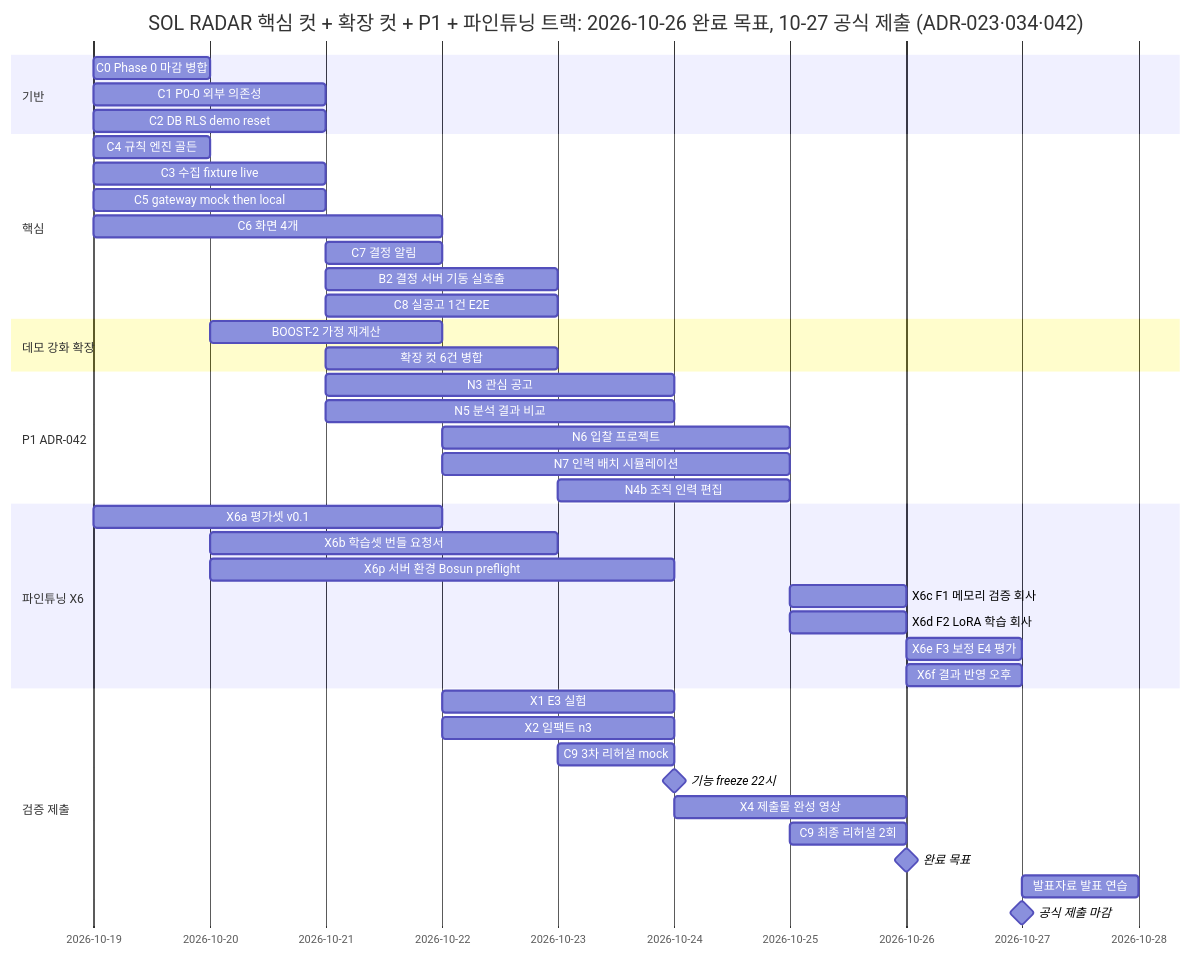
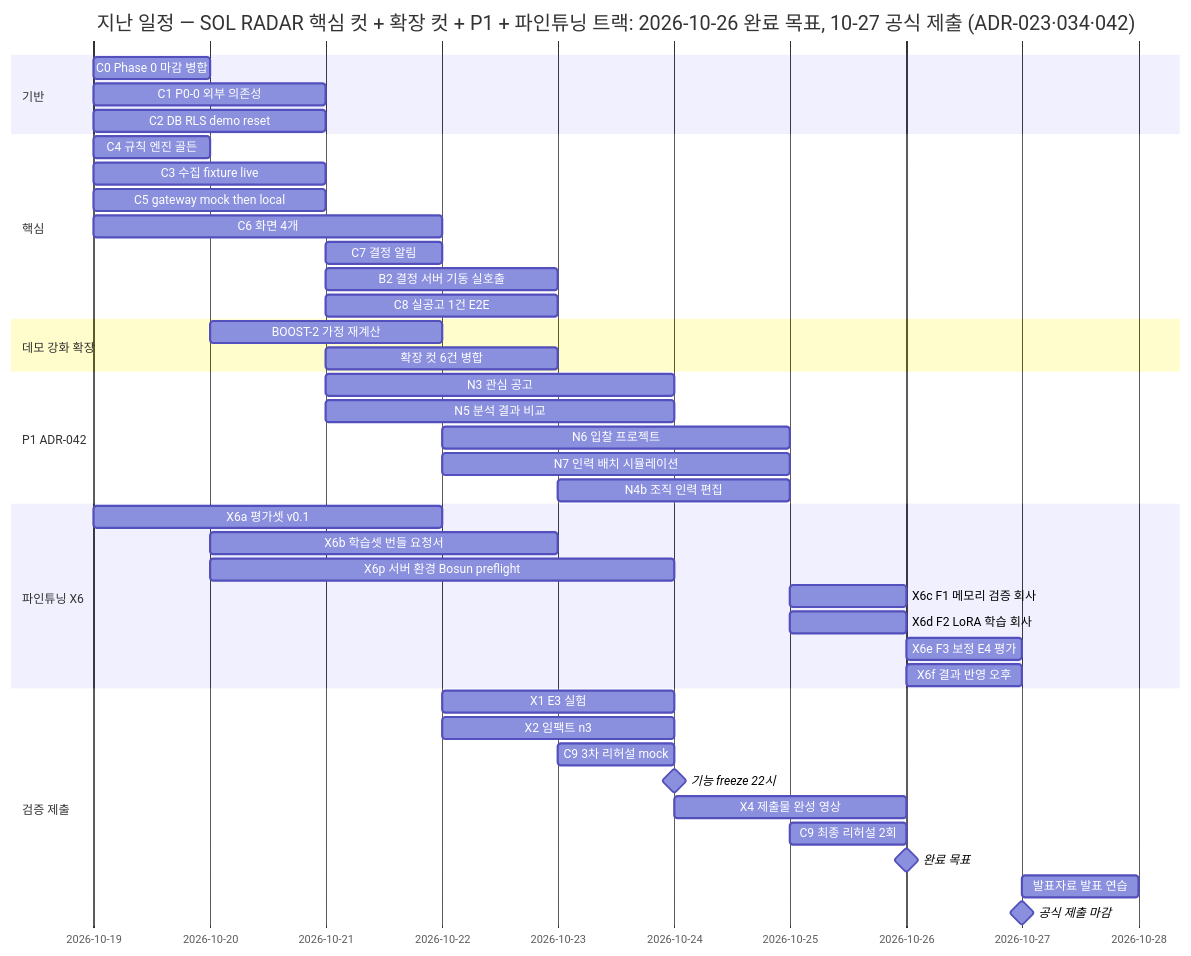
The diagram in docs/12-ROADMAP.md (solideoai/sol-radar), drawn with Mermaid before and after one commit. The commit also changed other lines of this file and 115 other files, not shown here.

````diff
--- a/docs/12-ROADMAP.md
+++ b/docs/12-ROADMAP.md
@@ -138,44 +165,44 @@
 ```mermaid
 gantt
- title SOL RADAR 핵심 컷 + 확장 컷 + P1 + 파인튜닝 트랙: 2026-10-26 완료 목표, 10-27 공식 제출 (ADR-023·034·042)
+ title 지난 일정 — SOL RADAR 핵심 컷 + 확장 컷 + P1 + 파인튜닝 트랙: 2026-10-26 완료 목표, 10-27 공식 제출 (ADR-023·034·042)
  dateFormat YYYY-MM-DD
  section 기반
  C0 Phase 0 마감 병합 :c0, 2026-10-19, 1d
  C1 P0-0 외부 의존성 :c1, 2026-10-19, 2d
  C2 DB RLS demo reset :c2, 2026-10-19, 2d
  section 핵심
  C4 규칙 엔진 골든 :c4, 2026-10-19, 1d
  C3 수집 fixture live :c3, 2026-10-19, 2d
  C5 gateway mock then local :c5, 2026-10-19, 2d
  C6 화면 4개 :c6, 2026-10-19, 3d
  C7 결정 알림 :c7, 2026-10-21, 1d
  B2 결정 서버 기동 실호출 :b2s, 2026-10-21, 2d
  C8 실공고 1건 E2E :c8, 2026-10-21, 2d
  section 데모 강화 확장
  BOOST-2 가정 재계산 :b2, 2026-10-20, 2d
  확장 컷 6건 병합 :x5, 2026-10-21, 2d
  section P1 ADR-042
  N3 관심 공고 :p11, 2026-10-21, 3d
  N5 분석 결과 비교 :p12, 2026-10-21, 3d
  N6 입찰 프로젝트 :p13, 2026-10-22, 3d
  N7 인력 배치 시뮬레이션 :p14, 2026-10-22, 3d
  N4b 조직 인력 편집 :p15, 2026-10-23, 2d
  section 파인튜닝 X6
  X6a 평가셋 v0.1 :x6a, 2026-10-19, 3d
  X6b 학습셋 번들 요청서 :x6b, 2026-10-20, 3d
  X6p 서버 환경 Bosun preflight :x6p, 2026-10-20, 4d
  X6c F1 메모리 검증 회사 :x6c, 2026-10-25, 1d
  X6d F2 LoRA 학습 회사 :x6d, 2026-10-25, 1d
  X6e F3 보정 E4 평가 :x6e, 2026-10-26, 1d
  X6f 결과 반영 오후 :x6f, 2026-10-26, 1d
  section 검증 제출
  X1 E3 실험 :x1, 2026-10-22, 2d
  X2 임팩트 n3 :x2, 2026-10-22, 2d
  C9 3차 리허설 mock :c9, 2026-10-23, 1d
  기능 freeze 22시 :milestone, mf, 2026-10-24, 0d
  X4 제출물 완성 영상 :x4, 2026-10-24, 2d
  C9 최종 리허설 2회 :c9b, 2026-10-25, 1d
  완료 목표 :milestone, ms, 2026-10-26, 0d
  발표자료 발표 연습 :pr, 2026-10-27, 1d
  공식 제출 마감 :milestone, md, 2026-10-27, 0d
 ```
````
